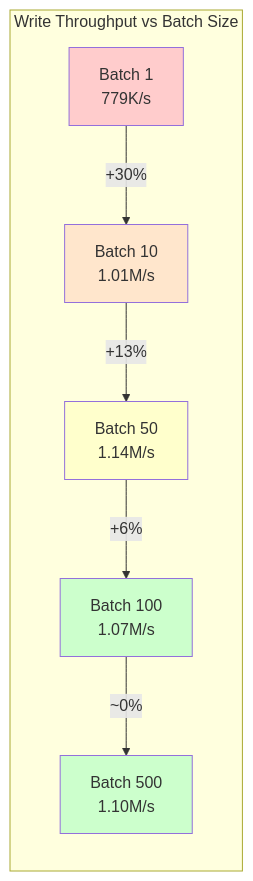
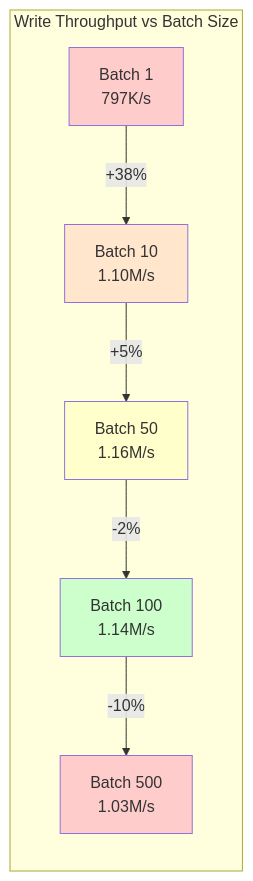
Before and after one commit to Lobarr/kv: the fourth of 7 diagrams in README.md, drawn with Mermaid. The commit also changed other lines of this file and 1 other file, not shown here.

````diff
--- a/README.md
+++ b/README.md
@@ -169,15 +169,15 @@
 ```mermaid
 graph LR
     subgraph "Write Throughput vs Batch Size"
-        A[Batch 1<br/>779K/s] -->|+30%| B[Batch 10<br/>1.01M/s]
-        B -->|+13%| C[Batch 50<br/>1.14M/s]
-        C -->|+6%| D[Batch 100<br/>1.07M/s]
-        D -->|~0%| E[Batch 500<br/>1.10M/s]
+        A[Batch 1<br/>797K/s] -->|+38%| B[Batch 10<br/>1.10M/s]
+        B -->|+5%| C[Batch 50<br/>1.16M/s]
+        C -->|-2%| D[Batch 100<br/>1.14M/s]
+        D -->|-10%| E[Batch 500<br/>1.03M/s]
     end
 
     style A fill:#ffcccc
     style B fill:#ffe6cc
     style C fill:#ffffcc
     style D fill:#ccffcc
-    style E fill:#ccffcc
+    style E fill:#ffcccc
 ```
````
